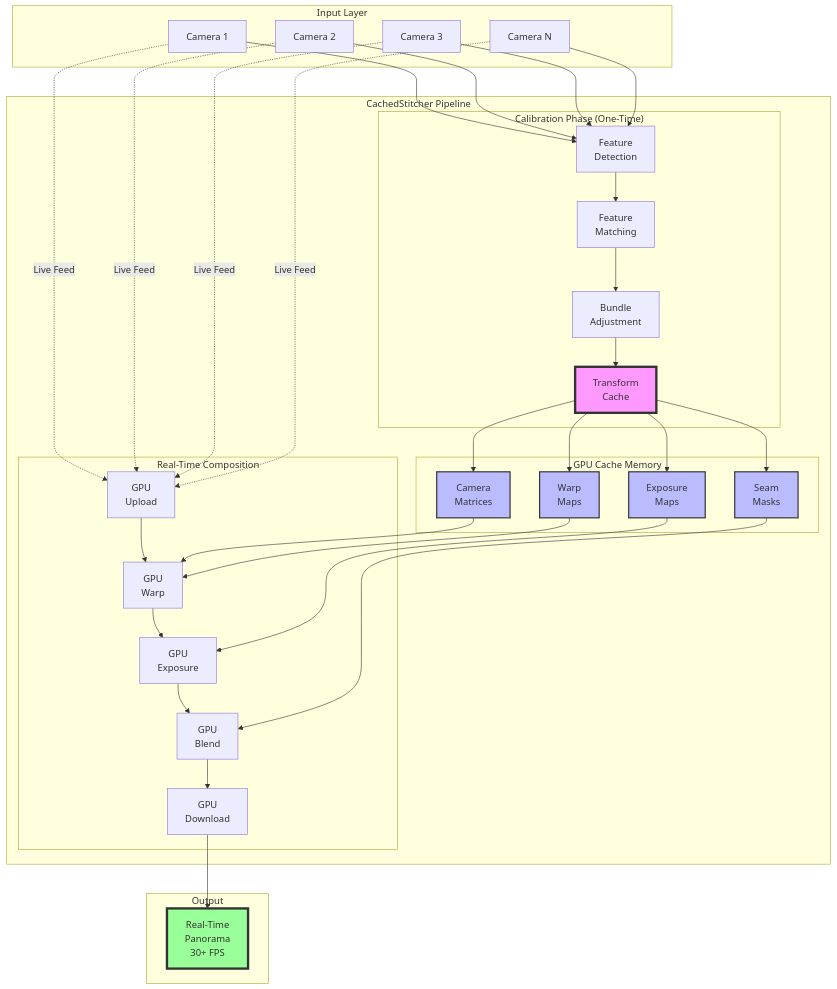
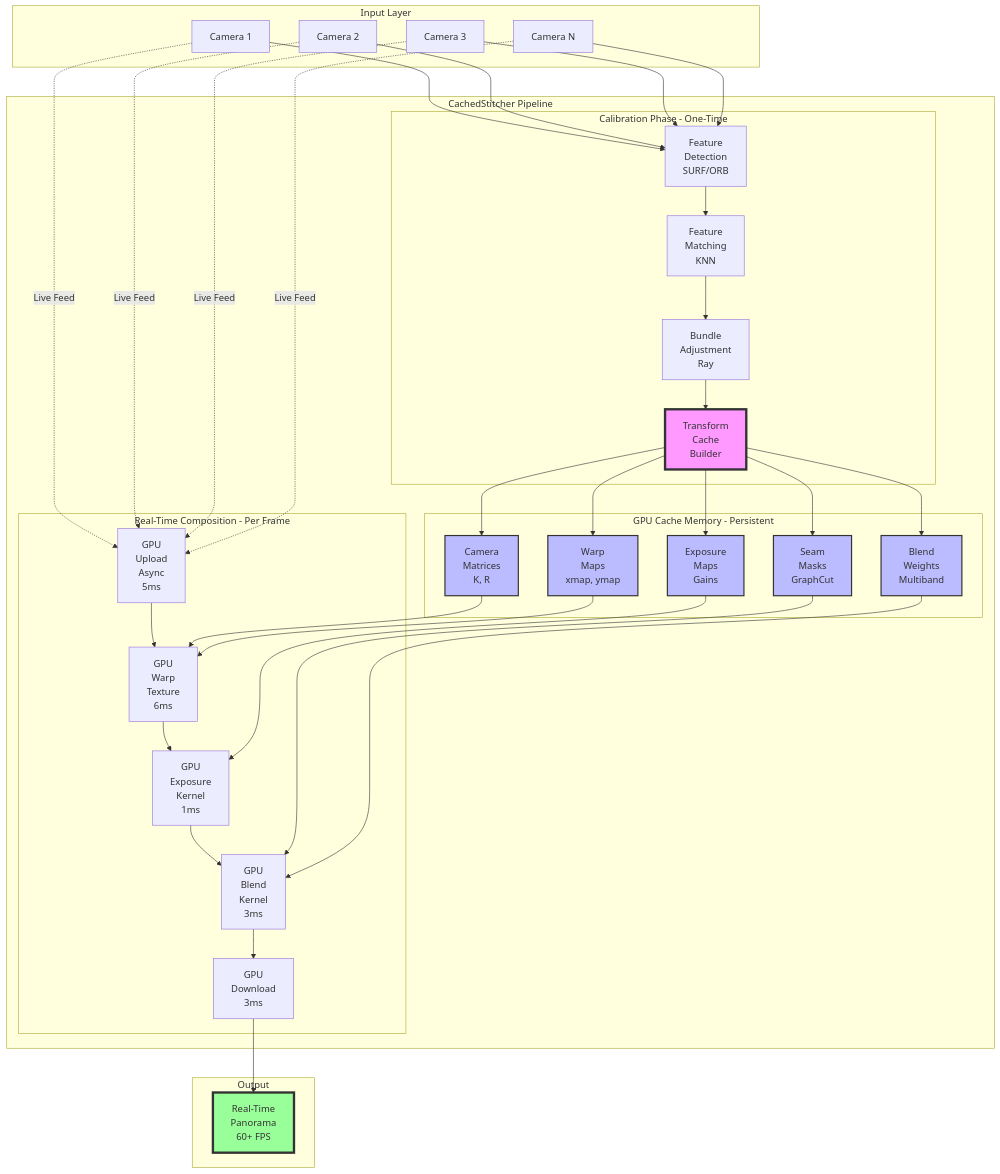
Before and after one commit to Tony363/opencvStitch: the first of 6 diagrams in README.md, drawn with Mermaid. The commit also changed other lines of this file, not shown here.

````diff
--- a/README.md
+++ b/README.md
@@ -39,73 +87,77 @@
 ```mermaid
 graph TB
     subgraph "Input Layer"
         CAM1[Camera 1]
         CAM2[Camera 2]
         CAM3[Camera 3]
         CAMN[Camera N]
     end
 
     subgraph "CachedStitcher Pipeline"
-        subgraph "Calibration Phase (One-Time)"
-            FD[Feature<br/>Detection]
-            FM[Feature<br/>Matching]
-            BA[Bundle<br/>Adjustment]
-            TC[Transform<br/>Cache]
+        subgraph "Calibration Phase - One-Time"
+            FD[Feature<br/>Detection<br/>SURF/ORB]
+            FM[Feature<br/>Matching<br/>KNN]
+            BA[Bundle<br/>Adjustment<br/>Ray]
+            TC[Transform<br/>Cache<br/>Builder]
         end
 
-        subgraph "GPU Cache Memory"
-            CM[Camera<br/>Matrices]
-            WM[Warp<br/>Maps]
-            SM[Seam<br/>Masks]
-            EM[Exposure<br/>Maps]
+        subgraph "GPU Cache Memory - Persistent"
+            CM[Camera<br/>Matrices<br/>K, R]
+            WM[Warp<br/>Maps<br/>xmap, ymap]
+            SM[Seam<br/>Masks<br/>GraphCut]
+            EM[Exposure<br/>Maps<br/>Gains]
+            BW[Blend<br/>Weights<br/>Multiband]
         end
 
-        subgraph "Real-Time Composition"
-            GU[GPU<br/>Upload]
-            GW[GPU<br/>Warp]
-            GE[GPU<br/>Exposure]
-            GB[GPU<br/>Blend]
-            GD[GPU<br/>Download]
+        subgraph "Real-Time Composition - Per Frame"
+            GU[GPU<br/>Upload<br/>Async<br/>5ms]
+            GW[GPU<br/>Warp<br/>Texture<br/>6ms]
+            GE[GPU<br/>Exposure<br/>Kernel<br/>1ms]
+            GB[GPU<br/>Blend<br/>Kernel<br/>3ms]
+            GD[GPU<br/>Download<br/>3ms]
         end
     end
 
     subgraph "Output"
-        PANO[Real-Time<br/>Panorama<br/>30+ FPS]
+        PANO[Real-Time<br/>Panorama<br/>60+ FPS]
     end
 
     CAM1 --> FD
     CAM2 --> FD
     CAM3 --> FD
     CAMN --> FD
 
     FD --> FM --> BA --> TC
     TC --> CM
     TC --> WM
     TC --> SM
     TC --> EM
+    TC --> BW
 
     CAM1 -.->|Live Feed| GU
     CAM2 -.->|Live Feed| GU
     CAM3 -.->|Live Feed| GU
     CAMN -.->|Live Feed| GU
 
     GU --> GW
     CM --> GW
     WM --> GW
 
     GW --> GE
     EM --> GE
 
     GE --> GB
     SM --> GB
+    BW --> GB
 
     GB --> GD
     GD --> PANO
 
     style TC fill:#f9f,stroke:#333,stroke-width:4px
     style CM fill:#bbf,stroke:#333,stroke-width:2px
     style WM fill:#bbf,stroke:#333,stroke-width:2px
     style SM fill:#bbf,stroke:#333,stroke-width:2px
     style EM fill:#bbf,stroke:#333,stroke-width:2px
+    style BW fill:#bbf,stroke:#333,stroke-width:2px
     style PANO fill:#9f9,stroke:#333,stroke-width:4px
 ```
````
